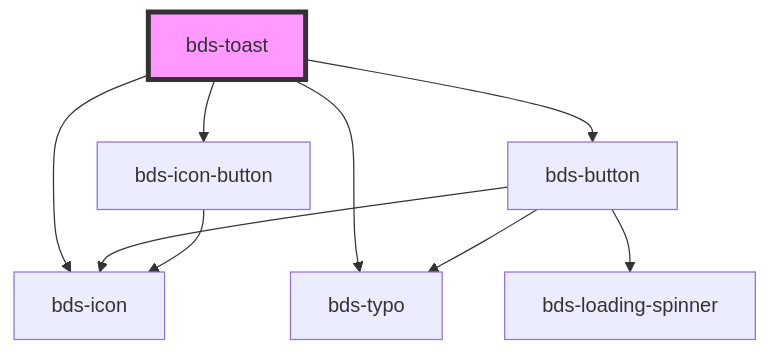
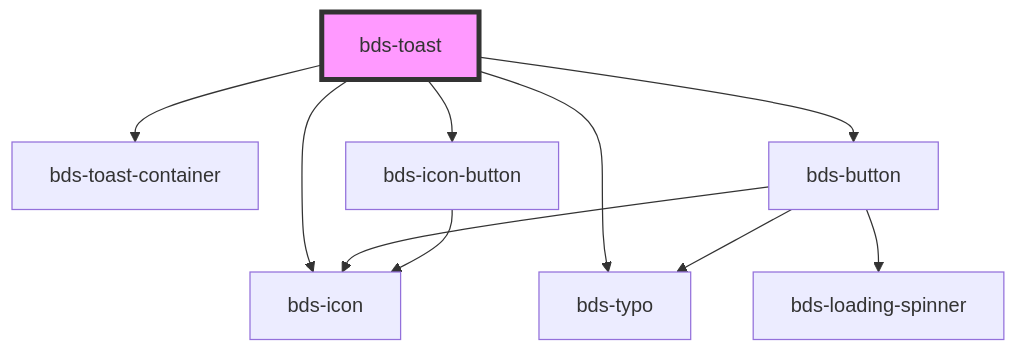
One commit to takenet/blip-ds changed the diagram in src/components/toast/readme.md. Above: the diagram before and after it, drawn with Mermaid. The commit also changed other lines of this file and 10 other files, not shown here.

````diff
--- a/src/components/toast/readme.md
+++ b/src/components/toast/readme.md
@@ -64,12 +65,13 @@
 ```mermaid
 graph TD;
+  bds-toast --> bds-toast-container
   bds-toast --> bds-icon
   bds-toast --> bds-typo
   bds-toast --> bds-button
   bds-toast --> bds-icon-button
   bds-button --> bds-icon
   bds-button --> bds-typo
   bds-button --> bds-loading-spinner
   bds-icon-button --> bds-icon
   style bds-toast fill:#f9f,stroke:#333,stroke-width:4px
 ```
````
